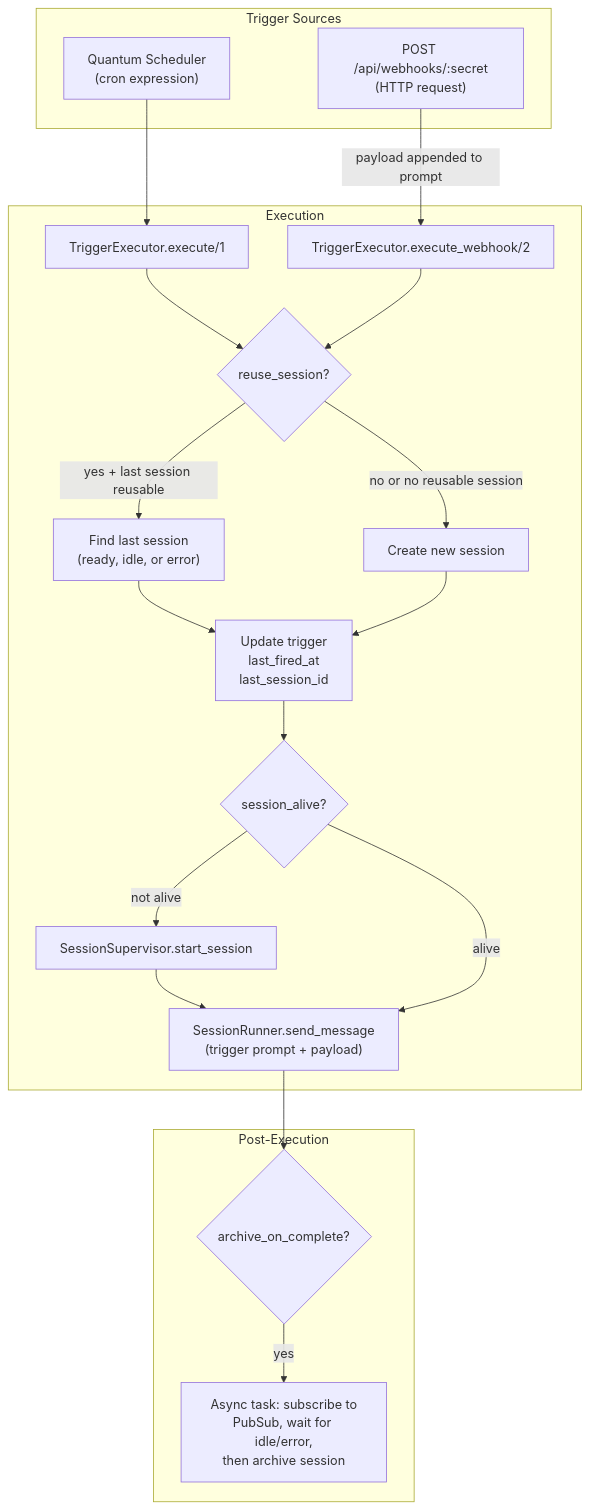
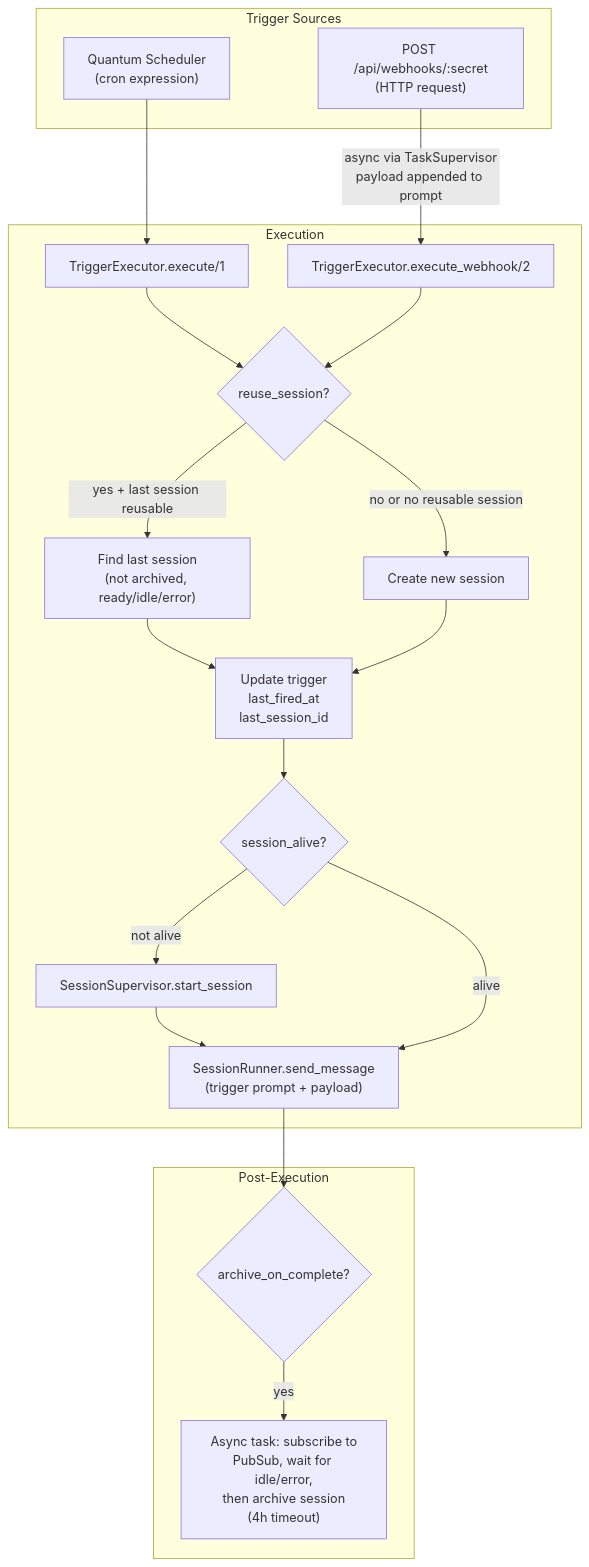
One commit to zingbretsen/orca_hub changed the diagram in .context/triggers.md. Above: the diagram before and after it, drawn with Mermaid. The commit also changed 7 other files, not shown here.

First line of the commit message:
Nightly code quality: fix compacting status bug and update diagrams

````diff
--- a/.context/triggers.md
+++ b/.context/triggers.md
@@ -3,40 +3,40 @@
 ```mermaid
 flowchart TB
     subgraph Sources["Trigger Sources"]
         Cron["Quantum Scheduler\n(cron expression)"]
         Webhook["POST /api/webhooks/:secret\n(HTTP request)"]
     end
 
     subgraph Execution
         ExecuteCron["TriggerExecutor.execute/1"]
         ExecuteWebhook["TriggerExecutor.execute_webhook/2"]
         Resolve{"reuse_session?"}
-        Reuse["Find last session\n(ready, idle, or error)"]
+        Reuse["Find last session\n(not archived, ready/idle/error)"]
         Create["Create new session"]
         Update["Update trigger\nlast_fired_at\nlast_session_id"]
         StartCheck{"session_alive?"}
         Start["SessionSupervisor.start_session"]
         Send["SessionRunner.send_message\n(trigger prompt + payload)"]
     end
 
     subgraph Cleanup["Post-Execution"]
         Archive{"archive_on_complete?"}
-        ArchiveTask["Async task: subscribe to\nPubSub, wait for idle/error,\nthen archive session"]
+        ArchiveTask["Async task: subscribe to\nPubSub, wait for idle/error,\nthen archive session\n(4h timeout)"]
     end
 
     Cron --> ExecuteCron
-    Webhook -->|payload appended to prompt| ExecuteWebhook
+    Webhook -->|async via TaskSupervisor\npayload appended to prompt| ExecuteWebhook
 
     ExecuteCron --> Resolve
     ExecuteWebhook --> Resolve
     Resolve -->|yes + last session reusable| Reuse
     Resolve -->|no or no reusable session| Create
     Reuse --> Update
     Create --> Update
     Update --> StartCheck
     StartCheck -->|not alive| Start --> Send
     StartCheck -->|alive| Send
 
     Send --> Archive
     Archive -->|yes| ArchiveTask
 ```
````
